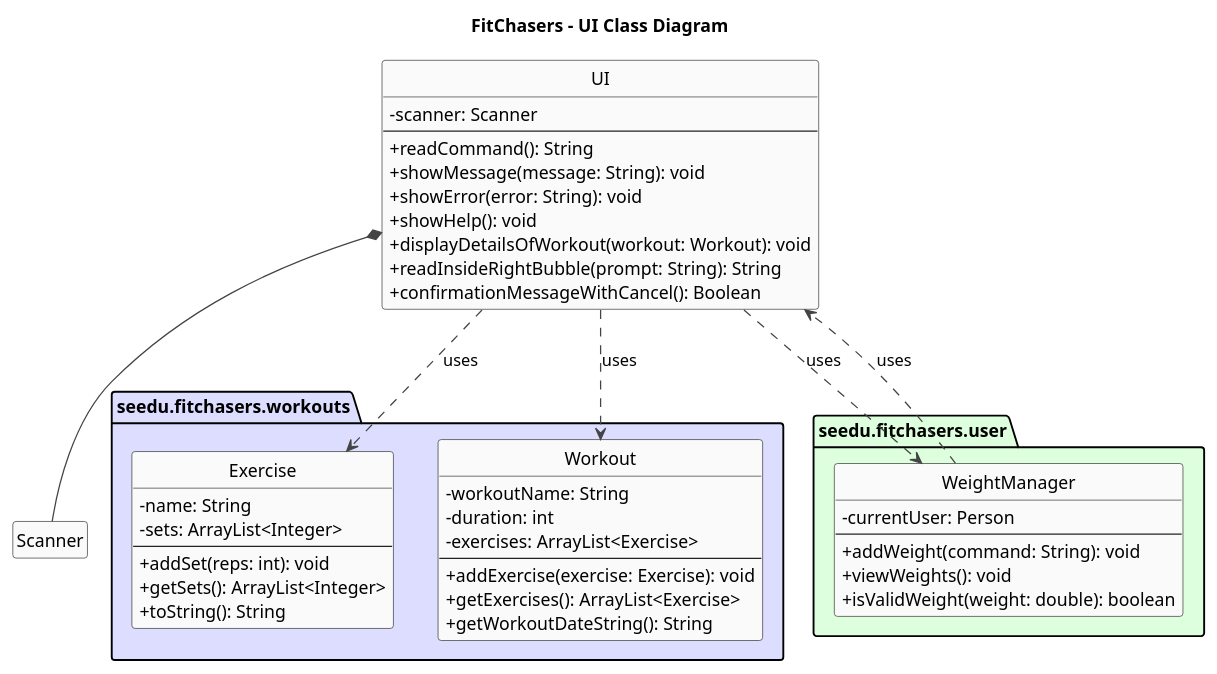
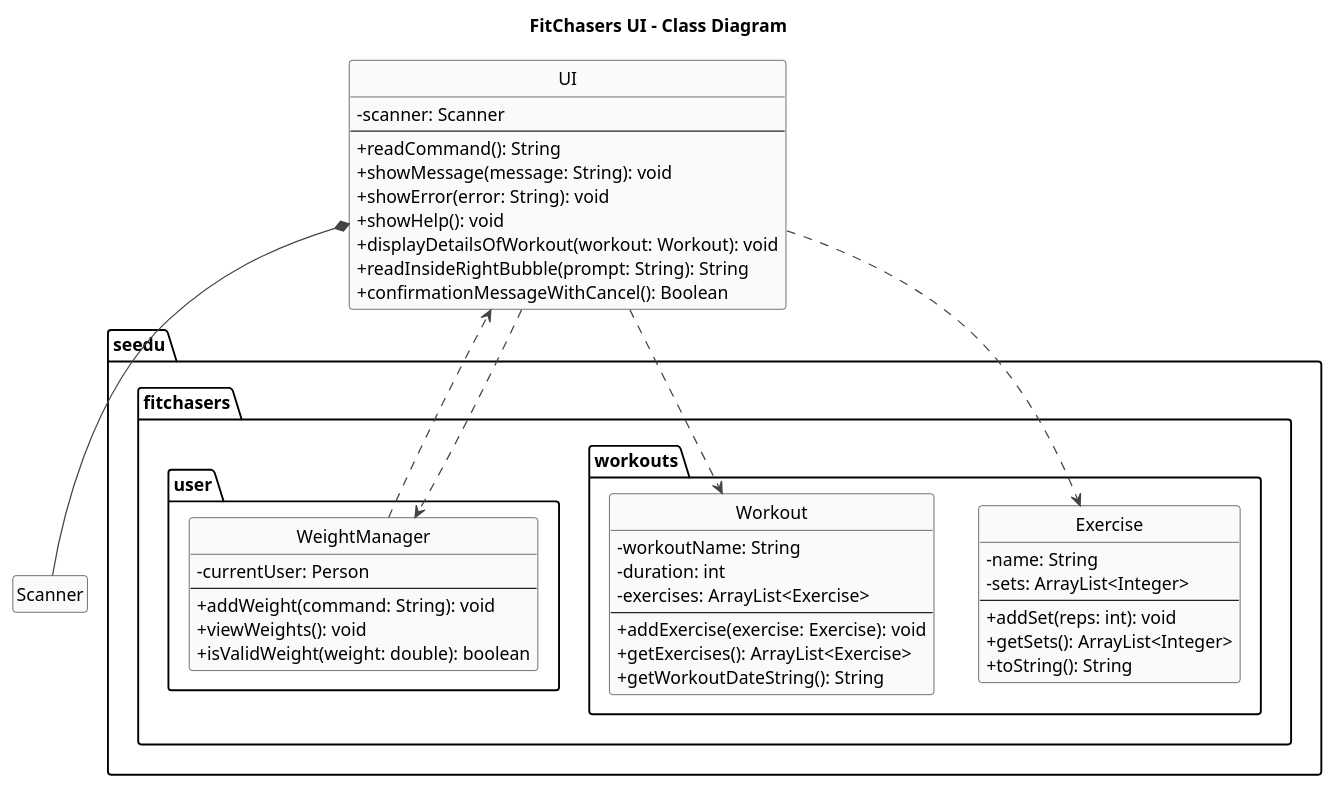
One commit to Exceptional-Khoi/tp changed the diagram in docs/diagrams/UI_class_diagram.puml. Above: the diagram before and after it, drawn with PlantUML. The commit also changed 13 other files, not shown here.

Commit message:
Edit DG class diagrams

```diff
--- a/docs/diagrams/UI_class_diagram.puml
+++ b/docs/diagrams/UI_class_diagram.puml
@@ -1,70 +1,70 @@
 @startuml
-title FitChasers – UI Class Diagram
+title FitChasers UI - Class Diagram
 
 skinparam shadowing false
 skinparam classAttributeIconSize 0
 skinparam ArrowColor #444
 skinparam ClassBorderColor #222
 skinparam ClassBackgroundColor #FAFAFA
 skinparam NoteBackgroundColor #fff
 skinparam NoteBorderColor #aaa
 skinparam stereotypeFontStyle bold
 hide empty fields
 hide empty methods
 hide circle
 
 ' ===== Types used by UI =====
 class Scanner
 
-package "seedu.fitchasers.workouts" as pkg_workouts #DDDDFF {
+package "seedu.fitchasers.workouts" {
   class Exercise {
     - name: String
     - sets: ArrayList<Integer>
     --
     + addSet(reps: int): void
     + getSets(): ArrayList<Integer>
     + toString(): String
   }
 
   class Workout {
     - workoutName: String
     - duration: int
     - exercises: ArrayList<Exercise>
     --
     + addExercise(exercise: Exercise): void
     + getExercises(): ArrayList<Exercise>
     + getWorkoutDateString(): String
   }
 }
 
-package "seedu.fitchasers.user" as pkg_user #DDFFDD {
+package "seedu.fitchasers.user" {
   class WeightManager {
     - currentUser: Person
     --
     + addWeight(command: String): void
     + viewWeights(): void
     + isValidWeight(weight: double): boolean
   }
 }
 
 ' ===== UI class (trimmed to essentials) =====
 class UI {
   - scanner: Scanner
   --
   + readCommand(): String
   + showMessage(message: String): void
   + showError(error: String): void
   + showHelp(): void
   + displayDetailsOfWorkout(workout: Workout): void
   + readInsideRightBubble(prompt: String): String
   + confirmationMessageWithCancel(): Boolean
 }
 
 ' ===== Relationships =====
 UI *-- Scanner
-UI ..> Workout : uses
-UI ..> Exercise : uses
-UI ..> WeightManager : uses
+UI ..> Workout
+UI ..> Exercise
+UI ..> WeightManager
 
-WeightManager ..> UI : uses
+WeightManager ..> UI
 @enduml
```
